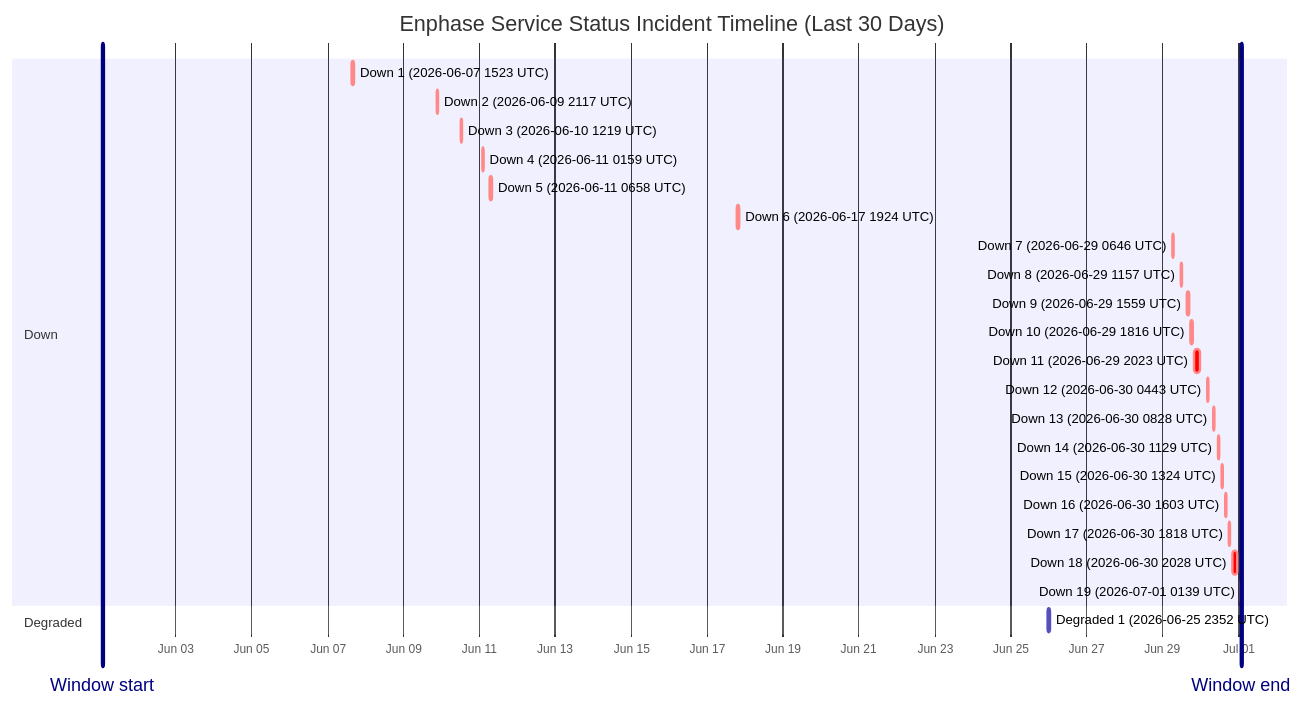
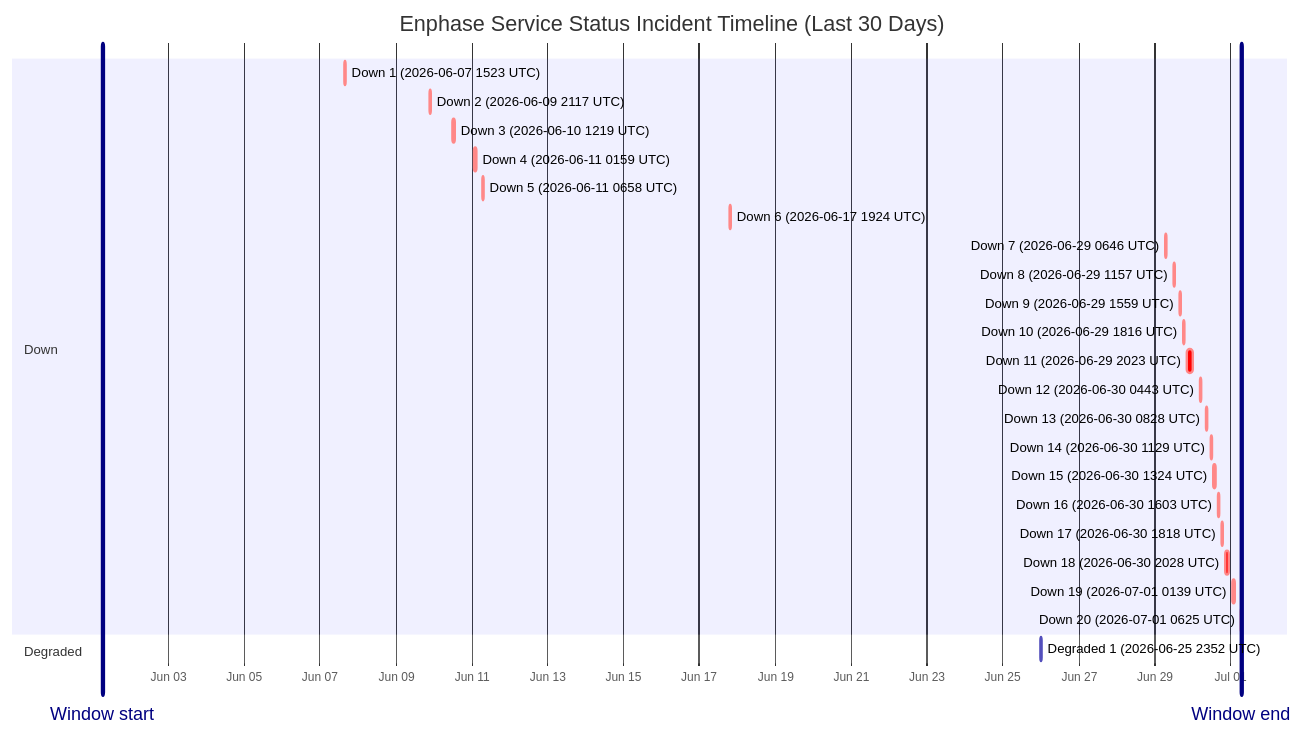
Before and after one commit to barneyonline/ha-enphase-energy: the diagram in wiki/Service-Status-History.md, drawn with Mermaid. The commit also changed other lines of this file and 3 other files, not shown here.

````diff
--- a/wiki/Service-Status-History.md
+++ b/wiki/Service-Status-History.md
@@ -14,30 +14,31 @@
 ```mermaid
 gantt
     title Enphase Service Status Incident Timeline (Last 30 Days)
     dateFormat  YYYY-MM-DDTHH:mm:ss
     axisFormat  %b %d
-    Window start :vert, window-start, 2026-06-01T01:39:18, 0ms
-    Window end :vert, window-end, 2026-07-01T01:39:18, 0ms
+    Window start :vert, window-start, 2026-06-01T06:25:35, 0ms
+    Window end :vert, window-end, 2026-07-01T06:25:35, 0ms
     section Down
     Down 1 (2026-06-07 1523 UTC) :crit, down-1, 2026-06-07T15:23:22, 87m
     Down 2 (2026-06-09 2117 UTC) :crit, down-2, 2026-06-09T21:17:17, 60m
     Down 3 (2026-06-10 1219 UTC) :crit, down-3, 2026-06-10T12:19:21, 60m
     Down 4 (2026-06-11 0159 UTC) :crit, down-4, 2026-06-11T01:59:36, 60m
     Down 5 (2026-06-11 0658 UTC) :crit, down-5, 2026-06-11T06:58:45, 60m
     Down 6 (2026-06-17 1924 UTC) :crit, down-6, 2026-06-17T19:24:51, 60m
     Down 7 (2026-06-29 0646 UTC) :crit, down-7, 2026-06-29T06:46:18, 60m
     Down 8 (2026-06-29 1157 UTC) :crit, down-8, 2026-06-29T11:57:36, 60m
     Down 9 (2026-06-29 1559 UTC) :crit, down-9, 2026-06-29T15:59:02, 60m
     Down 10 (2026-06-29 1816 UTC) :crit, down-10, 2026-06-29T18:16:38, 60m
     Down 11 (2026-06-29 2023 UTC) :crit, down-11, 2026-06-29T20:23:16, 220m
     Down 12 (2026-06-30 0443 UTC) :crit, down-12, 2026-06-30T04:43:54, 60m
     Down 13 (2026-06-30 0828 UTC) :crit, down-13, 2026-06-30T08:28:43, 60m
     Down 14 (2026-06-30 1129 UTC) :crit, down-14, 2026-06-30T11:29:15, 60m
     Down 15 (2026-06-30 1324 UTC) :crit, down-15, 2026-06-30T13:24:25, 60m
     Down 16 (2026-06-30 1603 UTC) :crit, down-16, 2026-06-30T16:03:26, 60m
     Down 17 (2026-06-30 1818 UTC) :crit, down-17, 2026-06-30T18:18:39, 60m
     Down 18 (2026-06-30 2028 UTC) :crit, down-18, 2026-06-30T20:28:54, 171m
     Down 19 (2026-07-01 0139 UTC) :crit, down-19, 2026-07-01T01:39:18, 60m
+    Down 20 (2026-07-01 0625 UTC) :crit, down-20, 2026-07-01T06:25:35, 60m
     section Degraded
     Degraded 1 (2026-06-25 2352 UTC) :active, degraded-1, 2026-06-25T23:52:01, 60m
 ```
````
